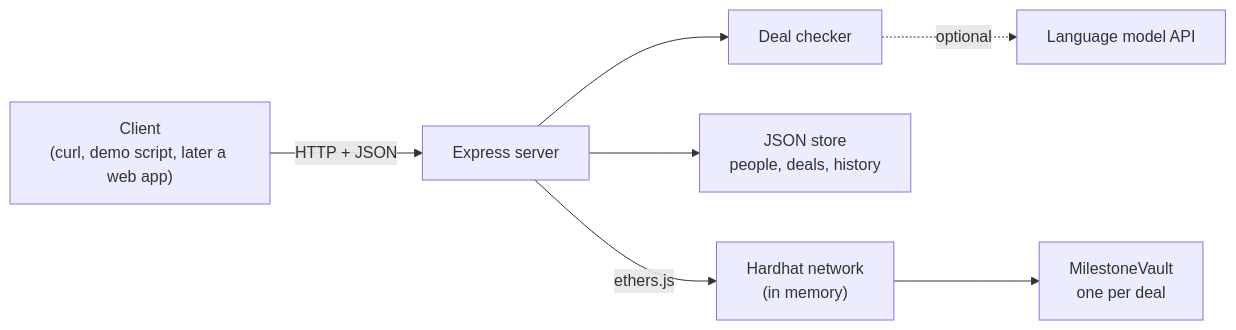
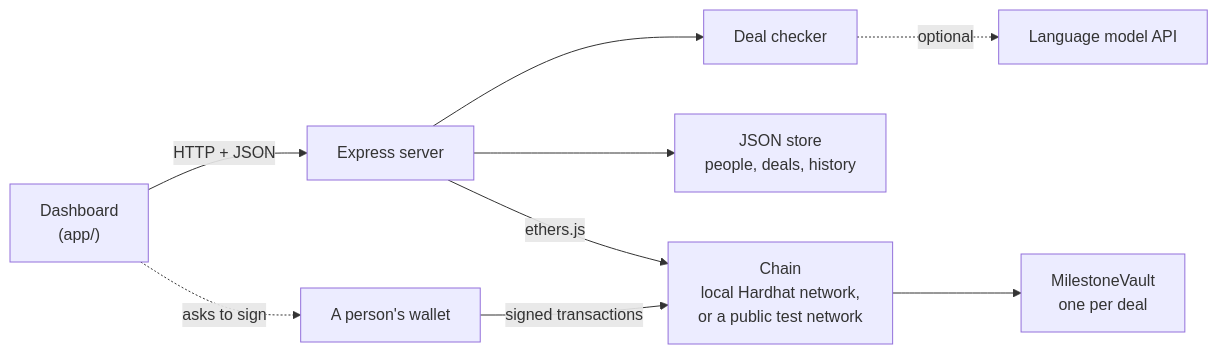
The first of 3 diagrams in readme.md (Atharvchaskar008/SETTL), drawn with Mermaid before and after one commit. The commit also changed other lines of this file and 18 other files, not shown here.

````diff
--- a/readme.md
+++ b/readme.md
@@ -70,9 +70,11 @@
 ```mermaid
 flowchart LR
-    CLIENT["Client<br/>(curl, demo script, later a web app)"] -->|"HTTP + JSON"| API["Express server"]
+    PAGE["Dashboard<br/>(app/)"] -->|"HTTP + JSON"| API["Express server"]
     API --> CHECKER["Deal checker"]
     API --> STORE["JSON store<br/>people, deals, history"]
-    API -->|"ethers.js"| CHAIN["Hardhat network<br/>(in memory)"]
+    API -->|"ethers.js"| CHAIN["Chain<br/>local Hardhat network,<br/>or a public test network"]
+    PAGE -.->|"asks to sign"| WALLET["A person's wallet"]
+    WALLET -->|"signed transactions"| CHAIN
     CHAIN --> VAULT["MilestoneVault<br/>one per deal"]
     CHECKER -.->|"optional"| MODEL["Language model API"]
 ```
````
